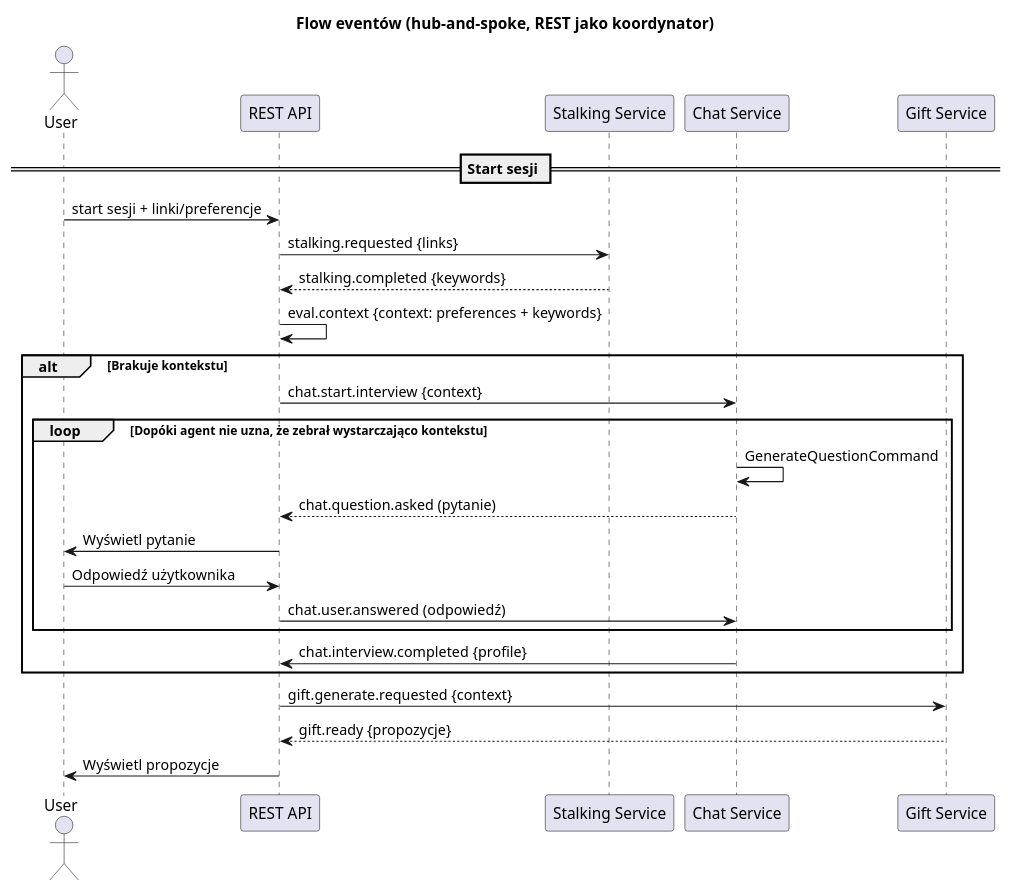
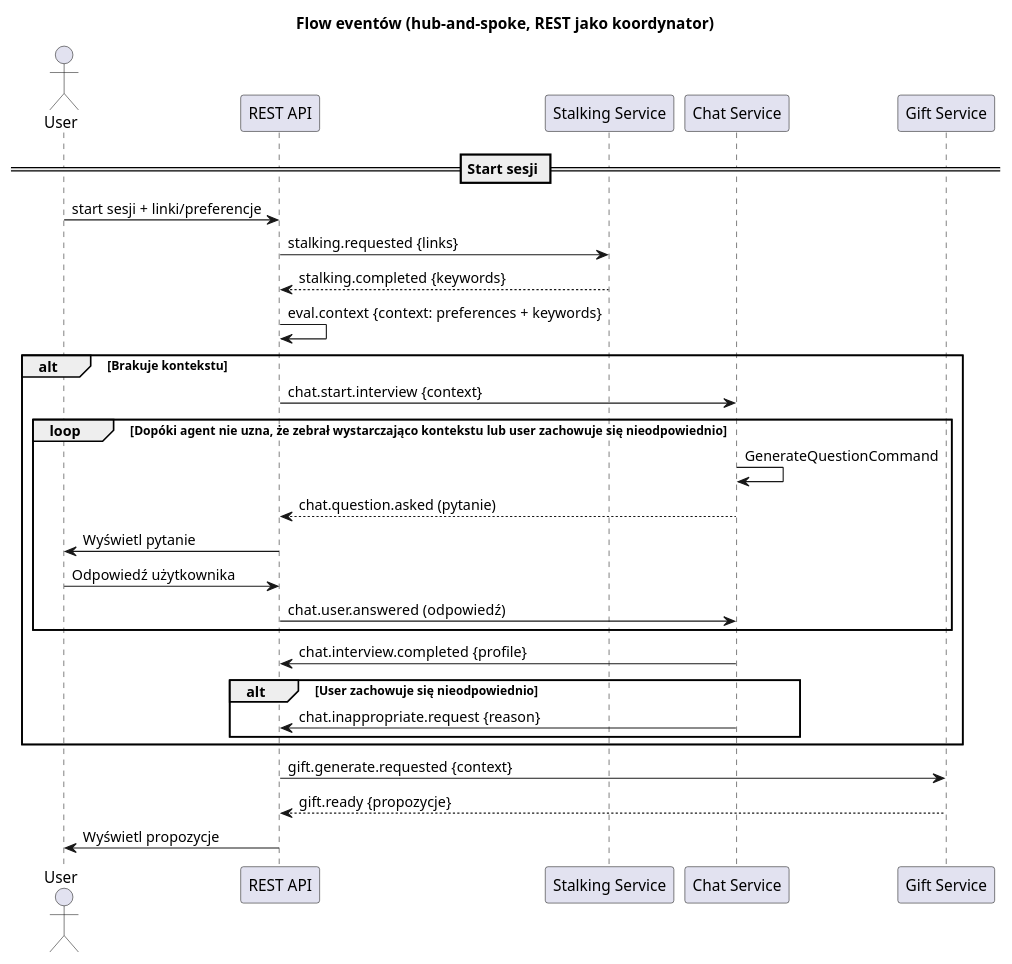
One commit to Generacja-Cuzi/ai-present-finder changed the diagram in docs/sequence_diagram/diagram.puml. Above: the diagram before and after it, drawn with PlantUML. The commit also changed 30 other files, not shown here.

Commit message:
feat(chatbot): connect interview LLM and refator flow a little more

```diff
--- a/docs/sequence_diagram/diagram.puml
+++ b/docs/sequence_diagram/diagram.puml
@@ -1,34 +1,37 @@
 @startuml sequence_diagram
 title Flow eventów (hub-and-spoke, REST jako koordynator)
 
 actor User as U
 participant "REST API" as REST
 participant "Stalking Service" as STALK
 participant "Chat Service" as CHAT
 participant "Gift Service" as GIFT
 
 == Start sesji ==
 U -> REST: start sesji + linki/preferencje
 REST -> STALK: stalking.requested {links}
 
 STALK --> REST: stalking.completed {keywords}
 
 REST -> REST: eval.context {context: preferences + keywords}
 
 alt Brakuje kontekstu
   REST -> CHAT: chat.start.interview {context}
-  loop Dopóki agent nie uzna, że zebrał wystarczająco kontekstu
+  loop Dopóki agent nie uzna, że zebrał wystarczająco kontekstu lub user zachowuje się nieodpowiednio
     CHAT -> CHAT: GenerateQuestionCommand
     CHAT --> REST: chat.question.asked (pytanie)
     REST -> U: Wyświetl pytanie
     U -> REST: Odpowiedź użytkownika
     REST -> CHAT: chat.user.answered (odpowiedź)
   end
   CHAT -> REST: chat.interview.completed {profile}
+  alt User zachowuje się nieodpowiednio
+    CHAT -> REST: chat.inappropriate.request {reason}
+  end
 end
 
 REST -> GIFT: gift.generate.requested {context}
 GIFT --> REST: gift.ready {propozycje}
 REST -> U: Wyświetl propozycje
 
 @enduml
```
